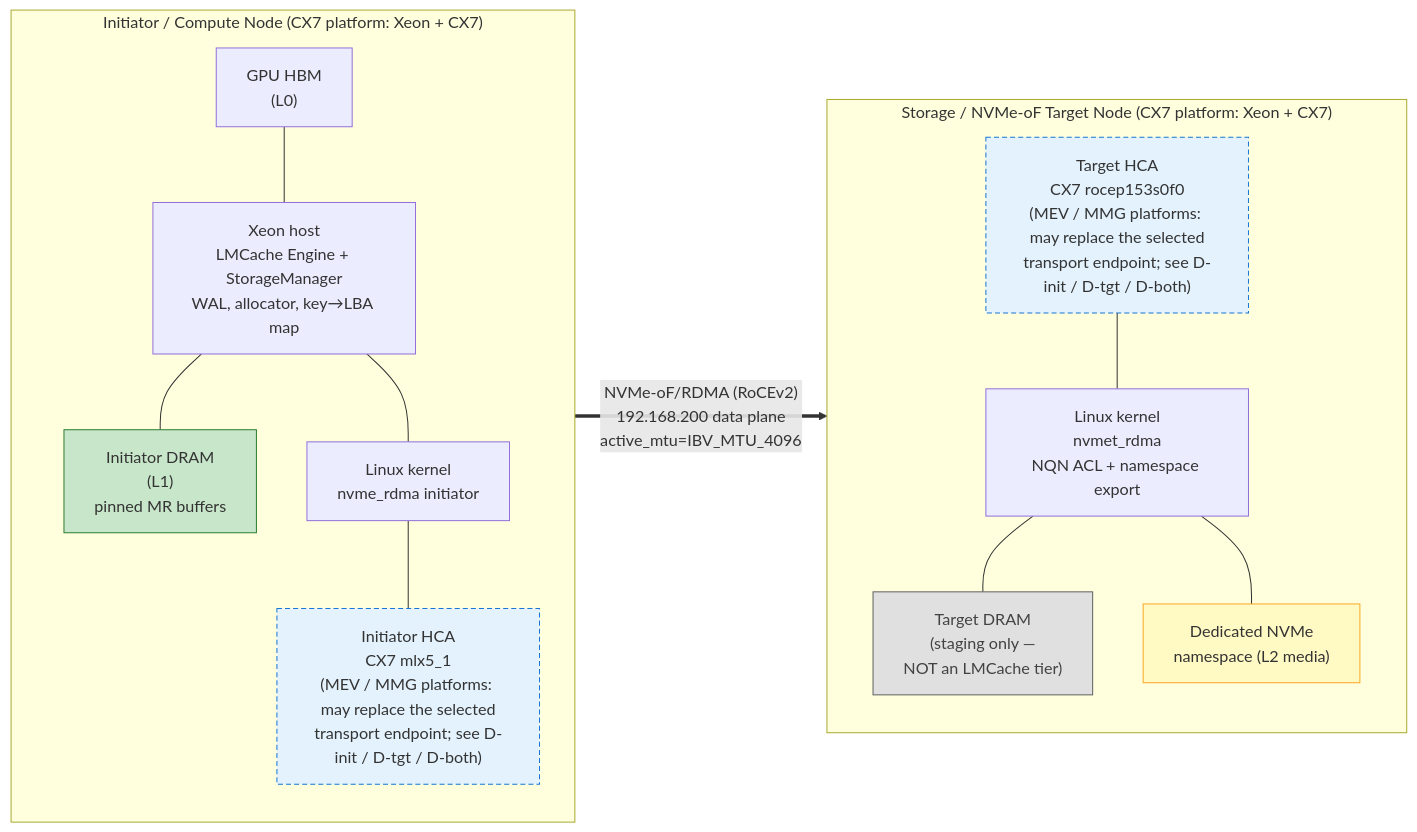
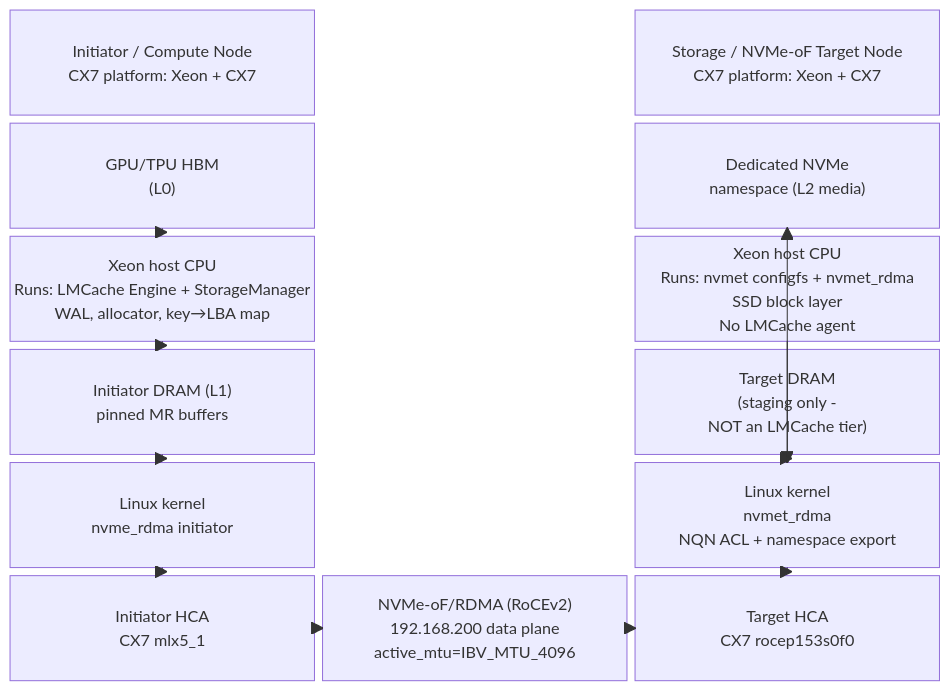
The diagram in docs/design/v1/platform/ipu-poc/diagrams/architecture-a-cx7-nvmeof-topology.mmd (tsg-/LMCache), drawn with Mermaid before and after one commit. The commit also changed 1 other file, not shown here.

```diff
--- a/docs/design/v1/platform/ipu-poc/diagrams/architecture-a-cx7-nvmeof-topology.mmd
+++ b/docs/design/v1/platform/ipu-poc/diagrams/architecture-a-cx7-nvmeof-topology.mmd
@@ -1,36 +1,40 @@
-%%{init: {"theme": "default", "flowchart": {"htmlLabels": true}}}%%
-graph LR
-    subgraph INIT ["Initiator / Compute Node (CX7 platform: Xeon + CX7)"]
-        direction TB
-        GPU["GPU HBM<br/>(L0)"]
-        CPU_I["Xeon host<br/>LMCache Engine + StorageManager<br/>WAL, allocator, key→LBA map"]
-        L1["Initiator DRAM<br/>(L1)<br/>pinned MR buffers"]
-        NVME_I["Linux kernel<br/>nvme_rdma initiator"]
-        HCA_I["Initiator HCA<br/>CX7 mlx5_1<br/>(MEV / MMG platforms: may replace the selected<br/>transport endpoint; see D-init / D-tgt / D-both)"]
-        GPU --- CPU_I
-        CPU_I --- L1
-        CPU_I --- NVME_I
-        NVME_I --- HCA_I
-    end
+%%{init: {"theme": "default"}}%%
+block-beta
+    columns 3
 
-    subgraph TARGET ["Storage / NVMe-oF Target Node (CX7 platform: Xeon + CX7)"]
-        direction TB
-        HCA_T["Target HCA<br/>CX7 rocep153s0f0<br/>(MEV / MMG platforms: may replace the selected<br/>transport endpoint; see D-init / D-tgt / D-both)"]
-        NVMET["Linux kernel<br/>nvmet_rdma<br/>NQN ACL + namespace export"]
-        TDRAM["Target DRAM<br/>(staging only —<br/>NOT an LMCache tier)"]
-        SSD["Dedicated NVMe<br/>namespace (L2 media)"]
-        HCA_T --- NVMET
-        NVMET --- TDRAM
-        NVMET --- SSD
-    end
+    INIT_HDR["Initiator / Compute Node<br/>CX7 platform: Xeon + CX7"]:1
+    space:1
+    TARGET_HDR["Storage / NVMe-oF Target Node<br/>CX7 platform: Xeon + CX7"]:1
 
-    HCA_I ==>|"NVMe-oF/RDMA (RoCEv2)<br/>192.168.200 data plane<br/>active_mtu=IBV_MTU_4096"| HCA_T
+    GPU["GPU/TPU HBM<br/>(L0)"]:1
+    space:1
+    SSD["Dedicated NVMe<br/>namespace (L2 media)"]:1
 
-    classDef owned fill:#c8e6c9,stroke:#2e7d32;
-    classDef remote fill:#fff9c4,stroke:#f9a825;
-    classDef staging fill:#e0e0e0,stroke:#616161,color:#424242;
-    classDef offload fill:#e3f2fd,stroke:#1976d2,stroke-dasharray:5 3;
-    class L1 owned;
-    class SSD remote;
-    class TDRAM staging;
-    class HCA_I,HCA_T offload;
+    CPU_I["Xeon host CPU<br/>Runs: LMCache Engine + StorageManager<br/>WAL, allocator, key→LBA map"]:1
+    space:1
+    CPU_T["Xeon host CPU<br/>Runs: nvmet configfs + nvmet_rdma<br/>SSD block layer<br/>No LMCache agent"]:1
+
+    L1["Initiator DRAM (L1)<br/>pinned MR buffers"]:1
+    space:1
+    TDRAM["Target DRAM<br/>(staging only -<br/>NOT an LMCache tier)"]:1
+
+    NVME_I["Linux kernel<br/>nvme_rdma initiator"]:1
+    space:1
+    NVMET["Linux kernel<br/>nvmet_rdma<br/>NQN ACL + namespace export"]:1
+
+    HCA_I["Initiator HCA<br/>CX7 mlx5_1"]:1
+    FABRIC["NVMe-oF/RDMA (RoCEv2)<br/>192.168.200 data plane<br/>active_mtu=IBV_MTU_4096"]:1
+    HCA_T["Target HCA<br/>CX7 rocep153s0f0"]:1
+
+    GPU --> CPU_I
+    CPU_I --> L1
+    L1 --> NVME_I
+    NVME_I --> HCA_I
+
+    CPU_T --> NVMET
+    NVMET --> TDRAM
+    NVMET --> SSD
+    NVMET --> HCA_T
+
+    HCA_I --> FABRIC
+    FABRIC --> HCA_T
```
